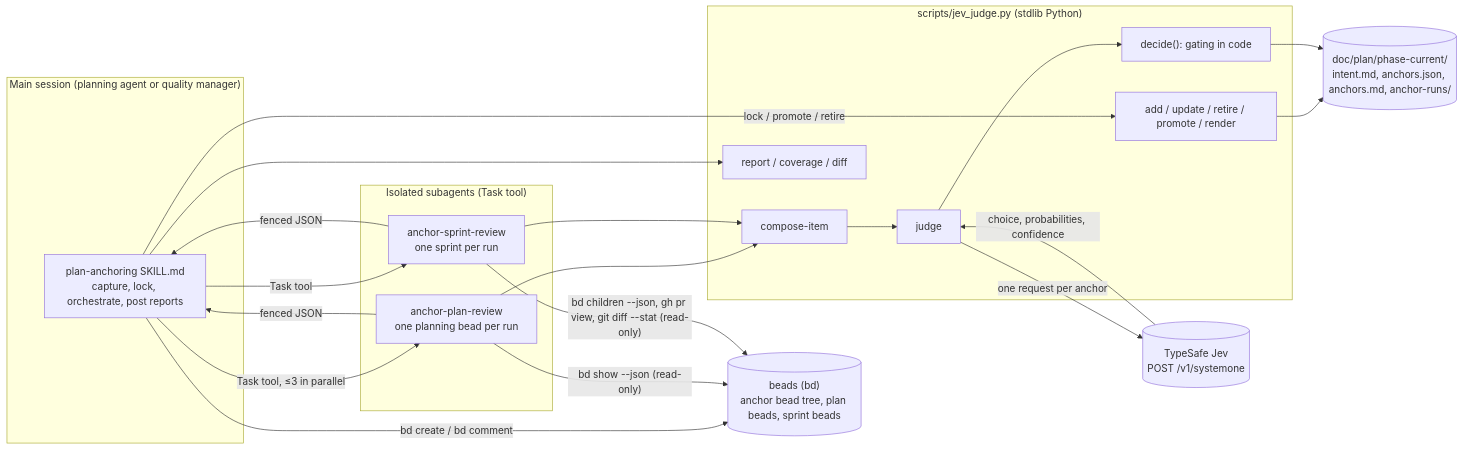
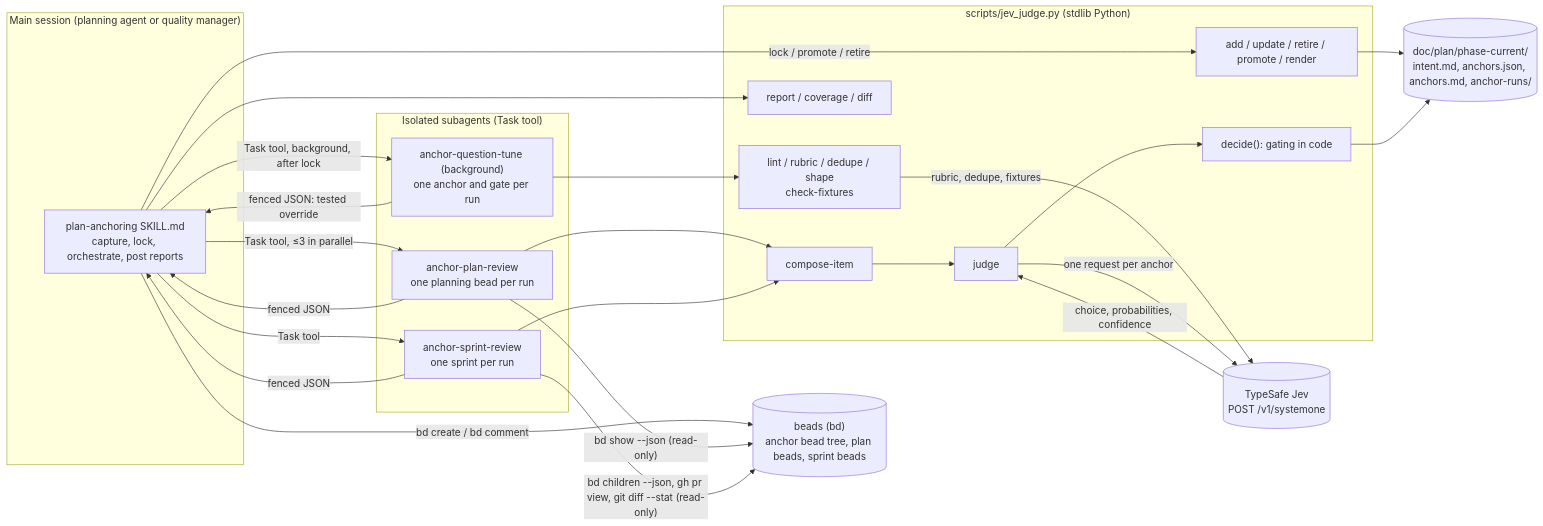
The first of 5 diagrams in docs/design/architecture-and-call-graphs.md (ehrvs/plan-anchor), drawn with Mermaid before and after one commit. The commit also changed other lines of this file and 3 other files, not shown here.

````diff
--- a/docs/design/architecture-and-call-graphs.md
+++ b/docs/design/architecture-and-call-graphs.md
@@ -11,39 +11,45 @@
 ```mermaid
 flowchart LR
     subgraph Session["Main session (planning agent or quality manager)"]
         Skill["plan-anchoring SKILL.md<br/>capture, lock, orchestrate, post reports"]
     end
 
     subgraph Agents["Isolated subagents (Task tool)"]
         PlanAgent["anchor-plan-review<br/>one planning bead per run"]
         SprintAgent["anchor-sprint-review<br/>one sprint per run"]
+        Tuner["anchor-question-tune (background)<br/>one anchor and gate per run"]
     end
 
     subgraph Script["scripts/jev_judge.py (stdlib Python)"]
         Compose["compose-item"]
         Judge["judge"]
         Gate["decide(): gating in code"]
         Report["report / coverage / diff"]
         Record["add / update / retire / promote / render"]
+        Quality["lint / rubric / dedupe / shape<br/>check-fixtures"]
     end
 
     Jev[("TypeSafe Jev<br/>POST /v1/systemone")]
     Beads[("beads (bd)<br/>anchor bead tree, plan beads, sprint beads")]
     Docs[("doc/plan/phase-current/<br/>intent.md, anchors.json, anchors.md, anchor-runs/")]
 
     Skill -- "lock / promote / retire" --> Record
     Record --> Docs
     Skill -- "bd create / bd comment" --> Beads
     Skill -- "Task tool, ≤3 in parallel" --> PlanAgent
     Skill -- "Task tool" --> SprintAgent
+    Skill -- "Task tool, background, after lock" --> Tuner
+    Tuner --> Quality
+    Quality -- "rubric, dedupe, fixtures" --> Jev
+    Tuner -- "fenced JSON: tested override" --> Skill
     PlanAgent -- "bd show --json (read-only)" --> Beads
     SprintAgent -- "bd children --json, gh pr view, git diff --stat (read-only)" --> Beads
     PlanAgent --> Compose --> Judge
     SprintAgent --> Compose
     Judge -- "one request per anchor" --> Jev
     Jev -- "choice, probabilities, confidence" --> Judge
     Judge --> Gate --> Docs
     PlanAgent -- "fenced JSON" --> Skill
     SprintAgent -- "fenced JSON" --> Skill
     Skill --> Report
 ```
````
